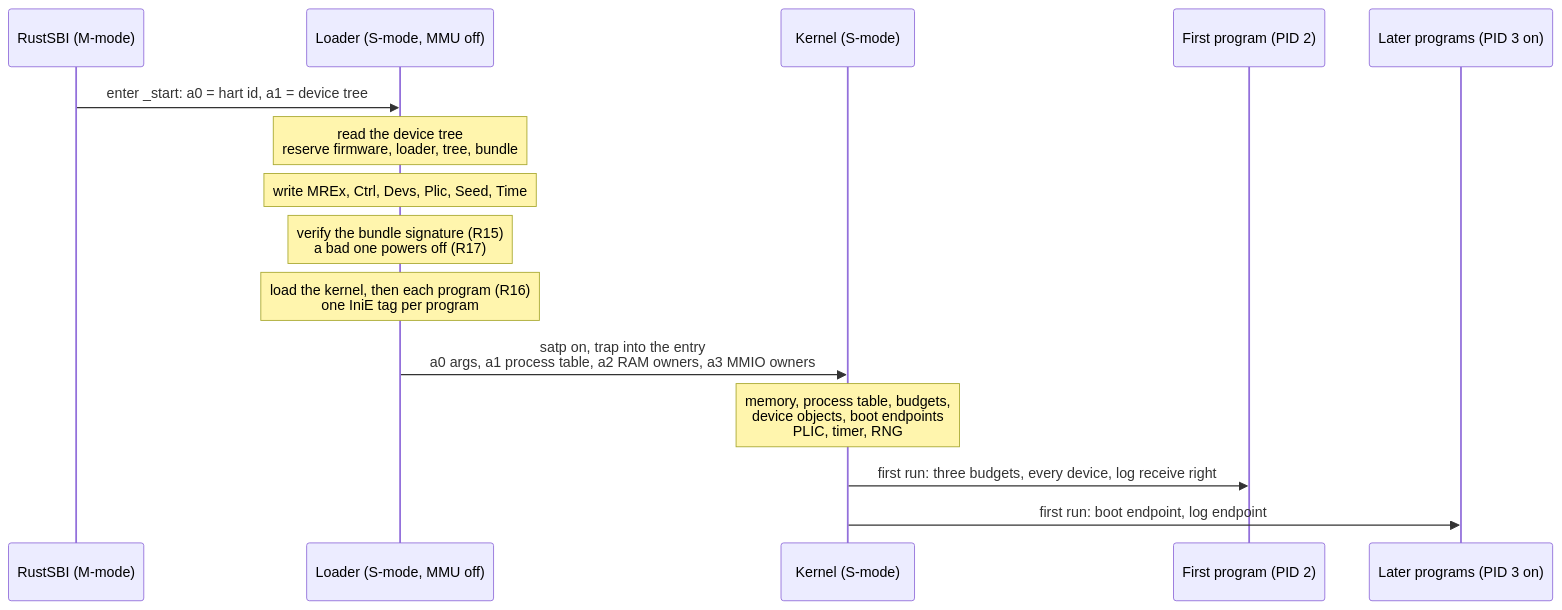
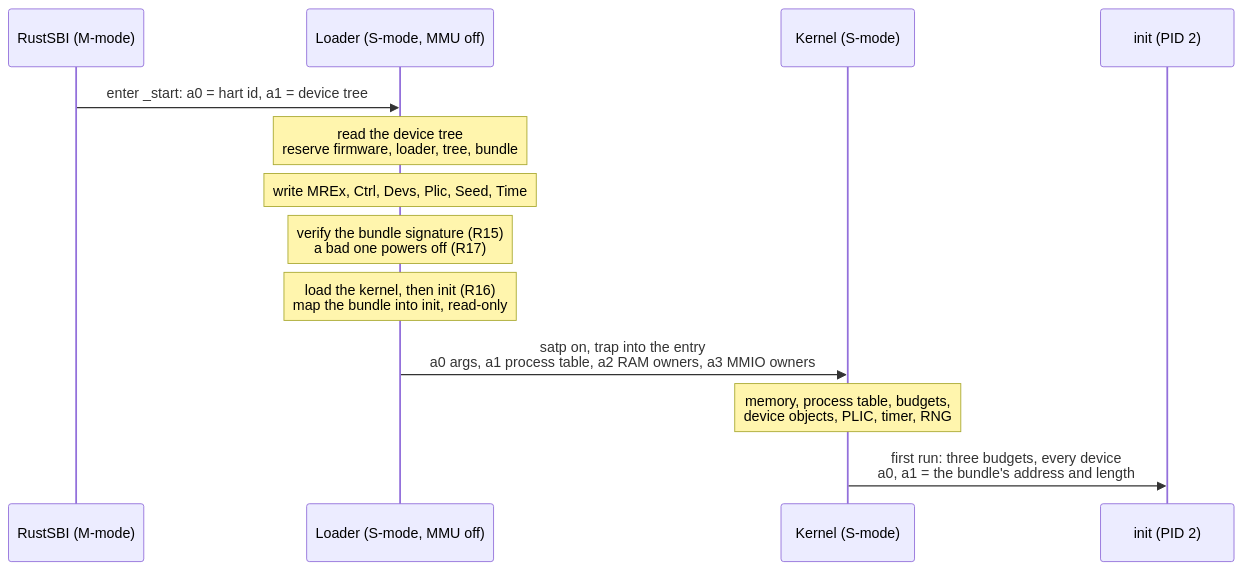
The first of 7 diagrams in docs/kernel/boot.md (sirmick/redoubt), drawn with Mermaid before and after one commit. The commit also changed other lines of this file and 105 other files, not shown here.

````diff
--- a/docs/kernel/boot.md
+++ b/docs/kernel/boot.md
@@ -25,17 +26,15 @@
 ```mermaid
 sequenceDiagram
     participant F as RustSBI (M-mode)
     participant L as Loader (S-mode, MMU off)
     participant K as Kernel (S-mode)
-    participant P as First program (PID 2)
-    participant Q as Later programs (PID 3 on)
+    participant P as init (PID 2)
     F->>L: enter _start: a0 = hart id, a1 = device tree
     Note over L: read the device tree<br/>reserve firmware, loader, tree, bundle
     Note over L: write MREx, Ctrl, Devs, Plic, Seed, Time
     Note over L: verify the bundle signature (R15)<br/>a bad one powers off (R17)
-    Note over L: load the kernel, then each program (R16)<br/>one IniE tag per program
+    Note over L: load the kernel, then init (R16)<br/>map the bundle into init, read-only
     L->>K: satp on, trap into the entry<br/>a0 args, a1 process table, a2 RAM owners, a3 MMIO owners
-    Note over K: memory, process table, budgets,<br/>device objects, boot endpoints<br/>PLIC, timer, RNG
-    K->>P: first run: three budgets, every device, log receive right
-    K->>Q: first run: boot endpoint, log endpoint
+    Note over K: memory, process table, budgets,<br/>device objects, PLIC, timer, RNG
+    K->>P: first run: three budgets, every device<br/>a0, a1 = the bundle's address and length
 ```
````
